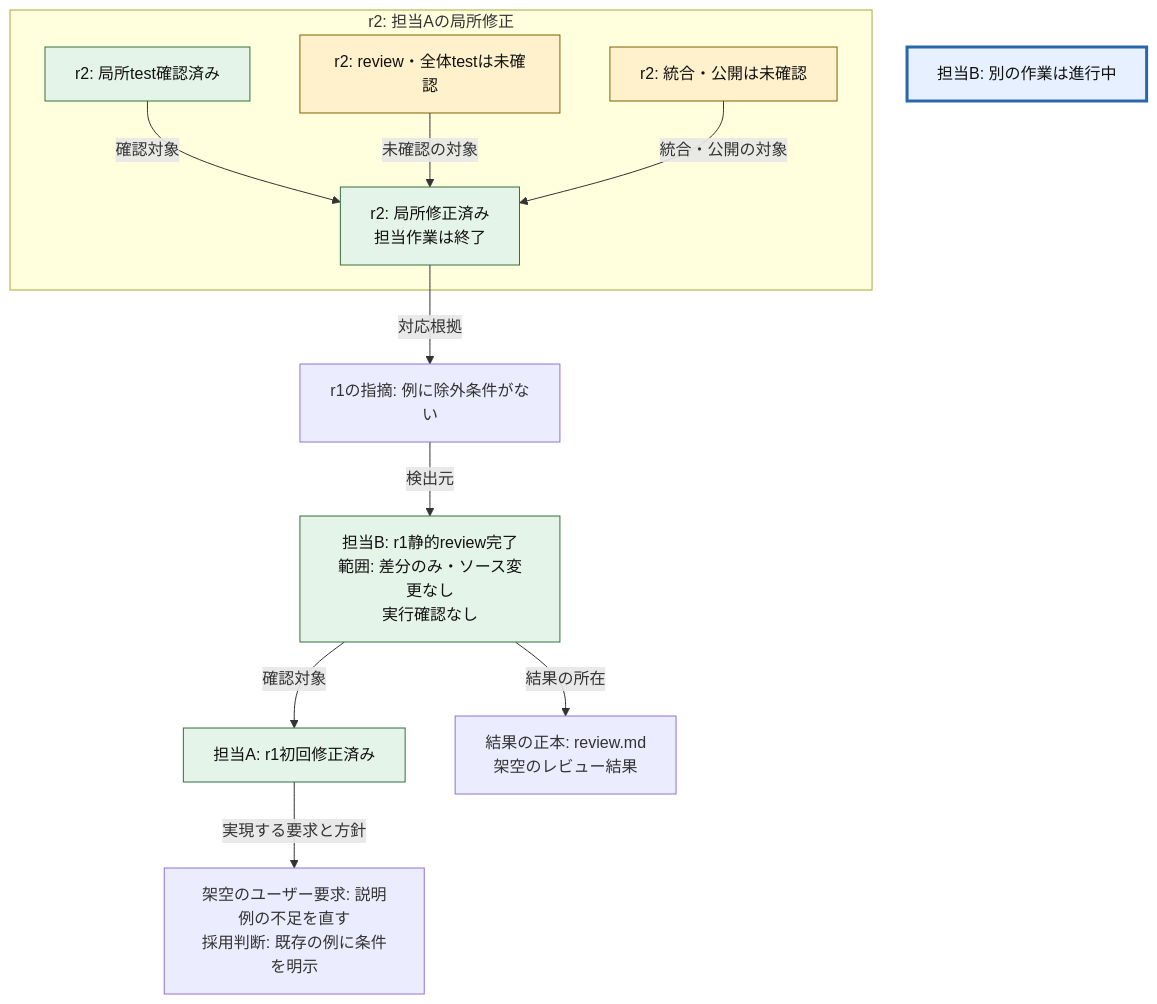
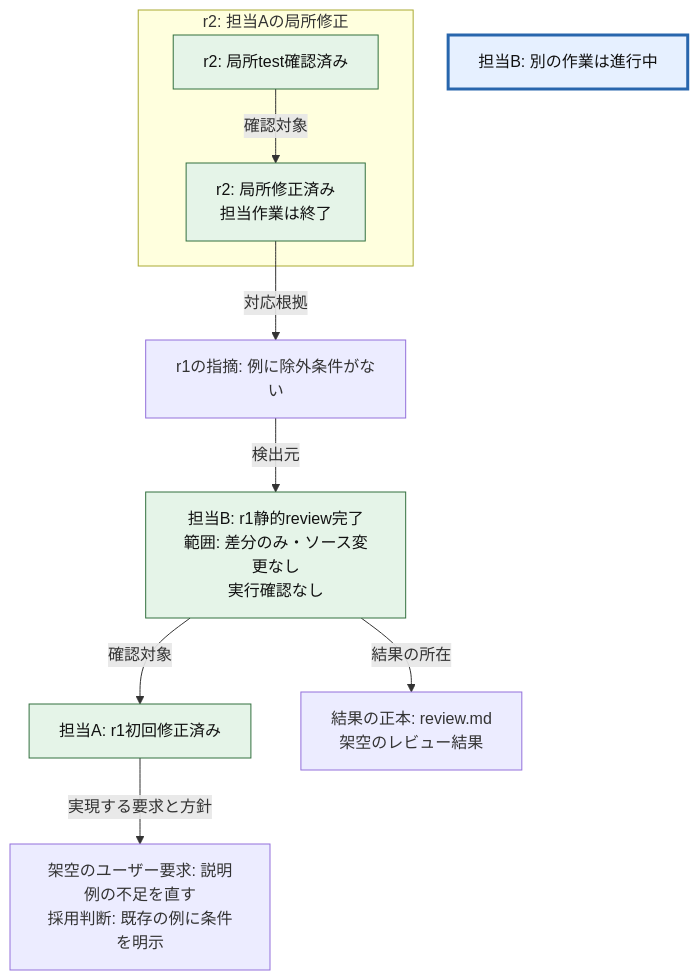
One commit to natumekazuki/.claude changed the diagram in skills/session-graph/assets/instruction-update.mmd. Above: the diagram before and after it, drawn with Mermaid. The commit also changed 12 other files, not shown here.

```diff
--- a/skills/session-graph/assets/instruction-update.mmd
+++ b/skills/session-graph/assets/instruction-update.mmd
@@ -1,28 +1,23 @@
 flowchart TB
     %% 架空の説明例。Character・役割・結果・根拠pathは実作業の事実ではない。
     R_request["架空のユーザー要求: 説明例の不足を直す<br/>採用判断: 既存の例に条件を明示"]
 
     I_patch["担当A: r1初回修正済み"]:::done
     V_review["担当B: r1静的review完了<br/>範囲: 差分のみ・ソース変更なし<br/>実行確認なし"]:::done
     F_condition["r1の指摘: 例に除外条件がない"]
     E_report["結果の正本: review.md<br/>架空のレビュー結果"]
 
     subgraph REVISION_2["r2: 担当Aの局所修正"]
         I_follow["r2: 局所修正済み<br/>担当作業は終了"]:::done
         V_local["r2: 局所test確認済み"]:::done
-        Q_r2["r2: review・全体testは未確認"]:::pending
-        Q_accept["r2: 統合・公開は未確認"]:::pending
     end
 
     I_other["担当B: 別の作業は進行中"]:::active
     I_patch -->|実現する要求と方針| R_request
     V_review -->|確認対象| I_patch
     V_review -->|結果の所在| E_report
     F_condition -->|検出元| V_review
     I_follow -->|対応根拠| F_condition
     V_local -->|確認対象| I_follow
-    Q_r2 -->|未確認の対象| I_follow
-    Q_accept -->|統合・公開の対象| I_follow
     classDef active fill:#e6f0ff,stroke:#2866ad,color:#111,stroke-width:3px
-    classDef pending fill:#fff1cc,stroke:#806000,color:#111
     classDef done fill:#e5f4e8,stroke:#32703f,color:#111
```
